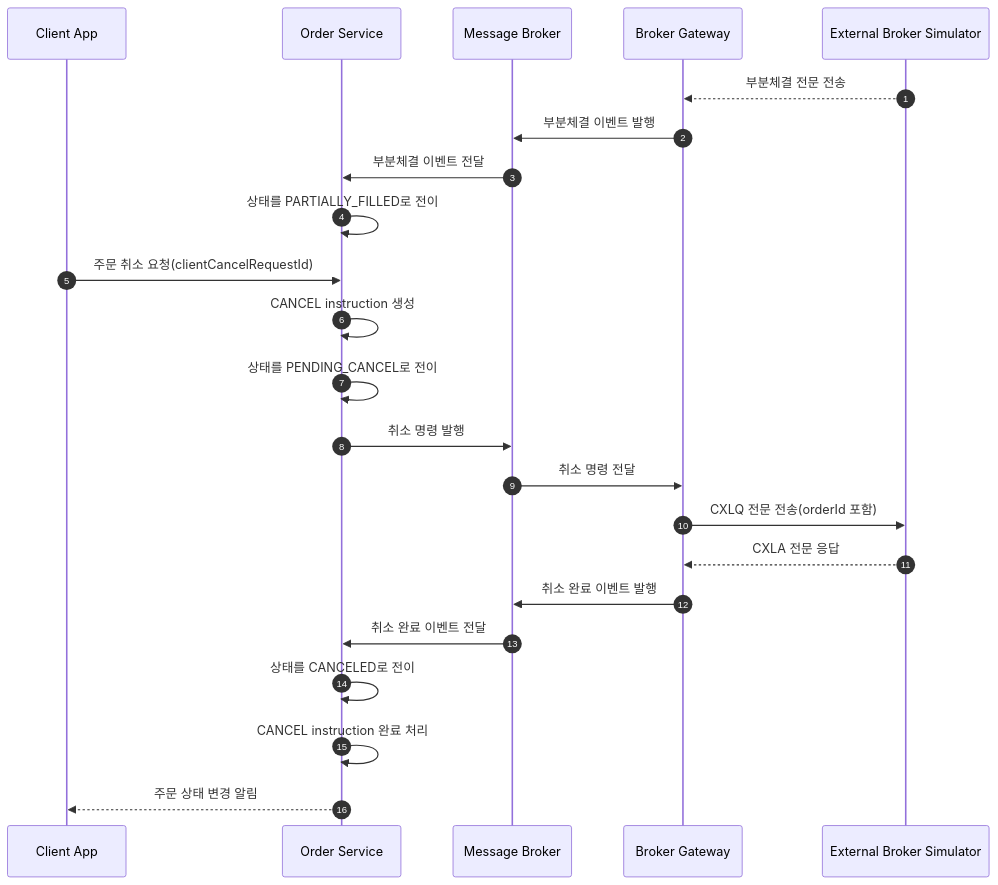
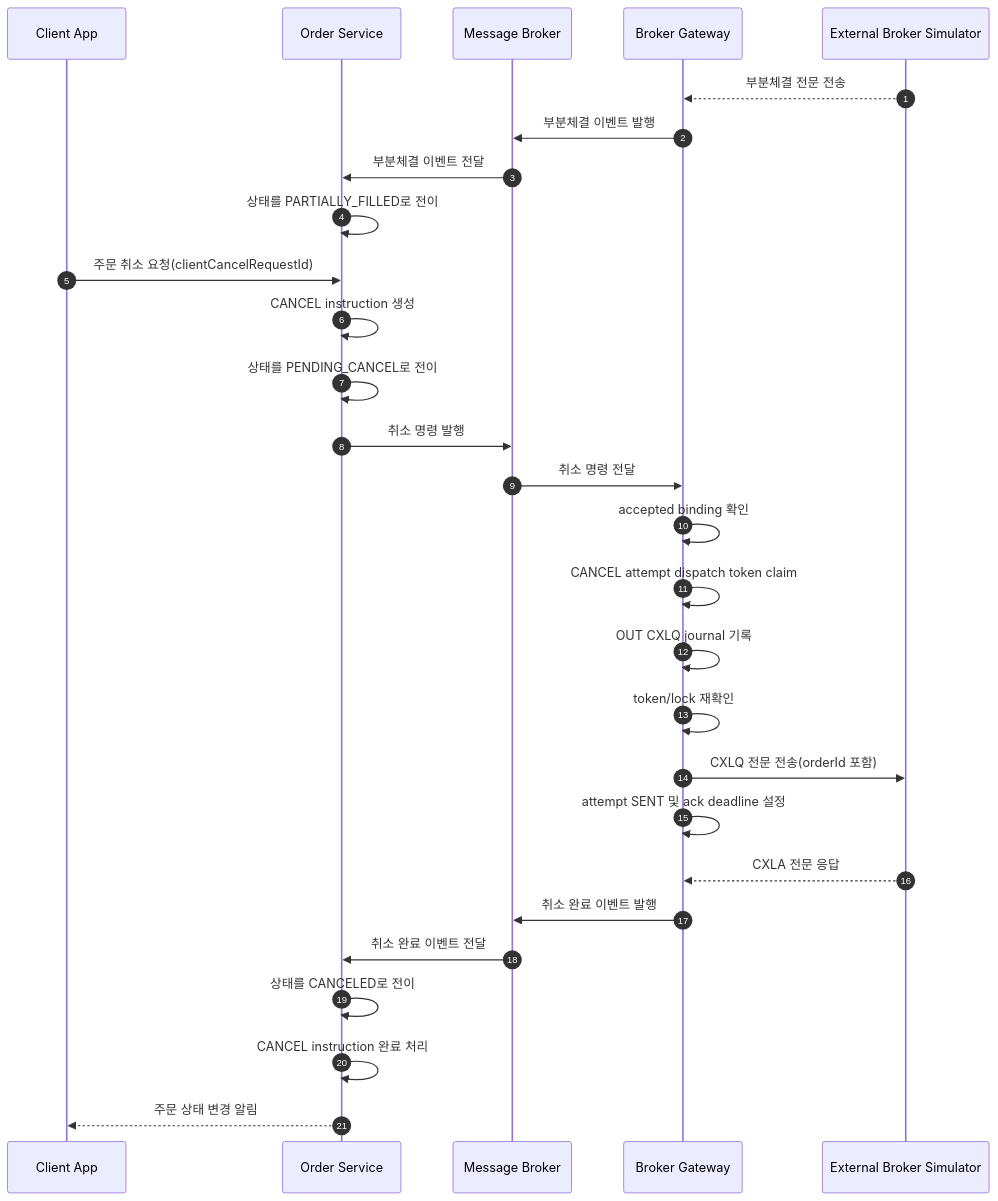
One commit to f-lab-edu/trading-order-reliability-lab changed the third of 6 diagrams in docs/07-architecture-overview.md. Above: the diagram before and after it, drawn with Mermaid. The commit also changed other lines of this file and 18 other files, not shown here.

````diff
--- a/docs/07-architecture-overview.md
+++ b/docs/07-architecture-overview.md
@@ -368,29 +373,34 @@
 ```mermaid
 sequenceDiagram
     autonumber
     participant C as Client App
     participant OS as Order Service
     participant MB as Message Broker
     participant BG as Broker Gateway
     participant B as External Broker Simulator
 
     B-->>BG: 부분체결 전문 전송
     BG->>MB: 부분체결 이벤트 발행
     MB->>OS: 부분체결 이벤트 전달
     OS->>OS: 상태를 PARTIALLY_FILLED로 전이
 
     C->>OS: 주문 취소 요청(clientCancelRequestId)
     OS->>OS: CANCEL instruction 생성
     OS->>OS: 상태를 PENDING_CANCEL로 전이
     OS->>MB: 취소 명령 발행
 
     MB->>BG: 취소 명령 전달
+    BG->>BG: accepted binding 확인
+    BG->>BG: CANCEL attempt dispatch token claim
+    BG->>BG: OUT CXLQ journal 기록
+    BG->>BG: token/lock 재확인
     BG->>B: CXLQ 전문 전송(orderId 포함)
+    BG->>BG: attempt SENT 및 ack deadline 설정
     B-->>BG: CXLA 전문 응답
     BG->>MB: 취소 완료 이벤트 발행
 
     MB->>OS: 취소 완료 이벤트 전달
     OS->>OS: 상태를 CANCELED로 전이
     OS->>OS: CANCEL instruction 완료 처리
     OS-->>C: 주문 상태 변경 알림
 ```
````
